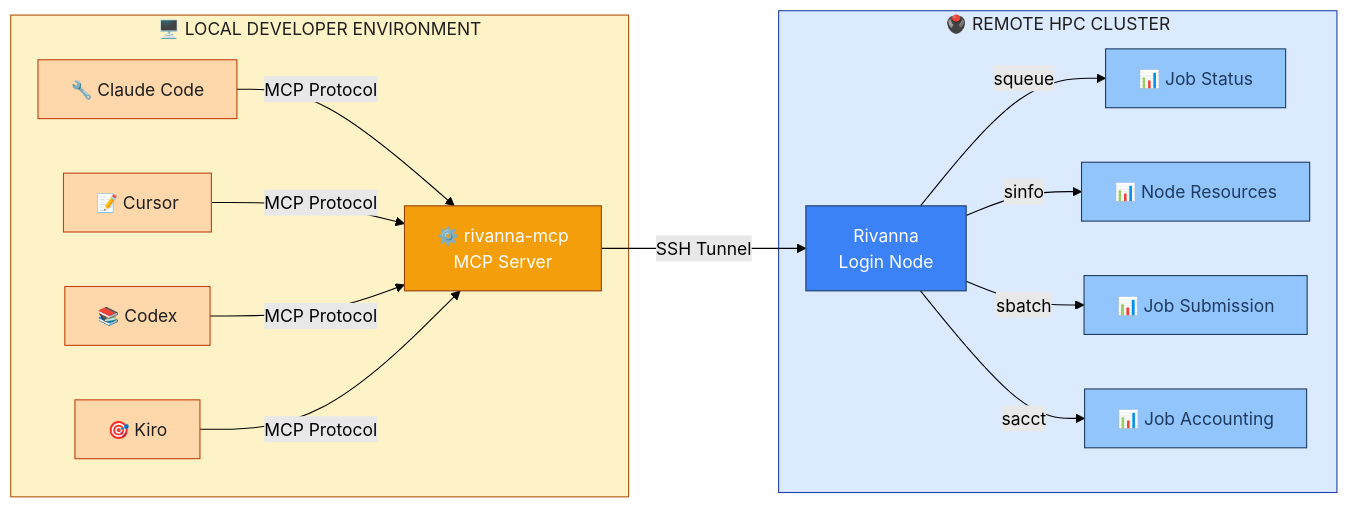
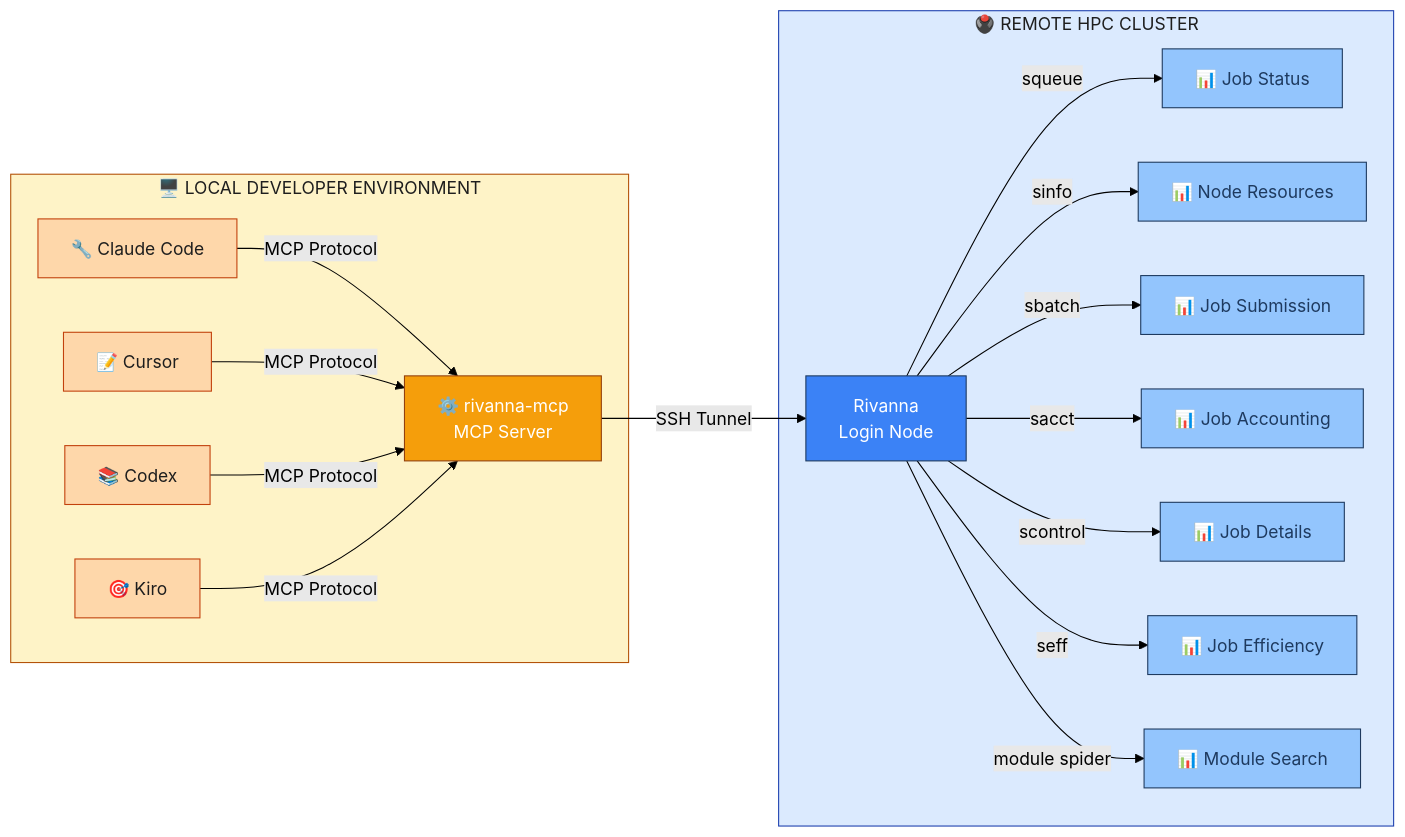
One commit to UVADS/rivanna-mcp changed the diagram in README.md. Above: the diagram before and after it, drawn with Mermaid (forest theme). The commit also changed other lines of this file and 18 other files, not shown here.

First line of the commit message:
feat(tools): add job-details, job-efficiency, search-modules, and dynamic loader

````diff
--- a/README.md
+++ b/README.md
@@ -25,35 +25,41 @@
 ```mermaid
 graph LR
     subgraph LOCAL["🖥️ LOCAL DEVELOPER ENVIRONMENT"]
         Claude["🔧 Claude Code"] -->|MCP Protocol| MCP["⚙️ rivanna-mcp<br/>MCP Server"]
         Cursor["📝 Cursor"] -->|MCP Protocol| MCP
         Codex["📚 Codex"] -->|MCP Protocol| MCP
         Kiro["🎯 Kiro"] -->|MCP Protocol| MCP
     end
     
     MCP -->|SSH Tunnel| Rivanna
     
     subgraph REMOTE["🖲️ REMOTE HPC CLUSTER"]
         Rivanna["Rivanna<br/>Login Node"]
         
         Rivanna -->|squeue| SQueue["📊 Job Status"]
         Rivanna -->|sinfo| SInfo["📊 Node Resources"]
         Rivanna -->|sbatch| SBatch["📊 Job Submission"]
         Rivanna -->|sacct| SAckt["📊 Job Accounting"]
+        Rivanna -->|scontrol| SControl["📊 Job Details"]
+        Rivanna -->|seff| SEff["📊 Job Efficiency"]
+        Rivanna -->|module spider| SMod["📊 Module Search"]
     end
     
     style LOCAL fill:#fef3c7,stroke:#b45309,color:#1e1e1e
     style REMOTE fill:#dbeafe,stroke:#1e40af,color:#1e1e1e
     
     style Claude fill:#fed7aa,stroke:#c2410c,color:#1e1e1e
     style Cursor fill:#fed7aa,stroke:#c2410c,color:#1e1e1e
     style Codex fill:#fed7aa,stroke:#c2410c,color:#1e1e1e
     style Kiro fill:#fed7aa,stroke:#c2410c,color:#1e1e1e
     style MCP fill:#f59e0b,stroke:#92400e,color:#fff
     
     style Rivanna fill:#3b82f6,stroke:#1e3a5f,color:#fff
     style SQueue fill:#93c5fd,stroke:#1e3a5f,color:#1e3a5f
     style SInfo fill:#93c5fd,stroke:#1e3a5f,color:#1e3a5f
     style SBatch fill:#93c5fd,stroke:#1e3a5f,color:#1e3a5f
     style SAckt fill:#93c5fd,stroke:#1e3a5f,color:#1e3a5f
+    style SControl fill:#93c5fd,stroke:#1e3a5f,color:#1e3a5f
+    style SEff fill:#93c5fd,stroke:#1e3a5f,color:#1e3a5f
+    style SMod fill:#93c5fd,stroke:#1e3a5f,color:#1e3a5f
 ```
````
